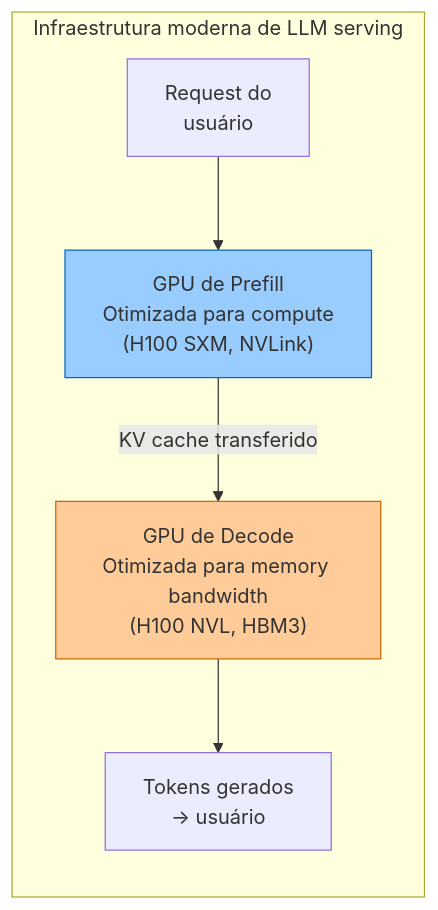
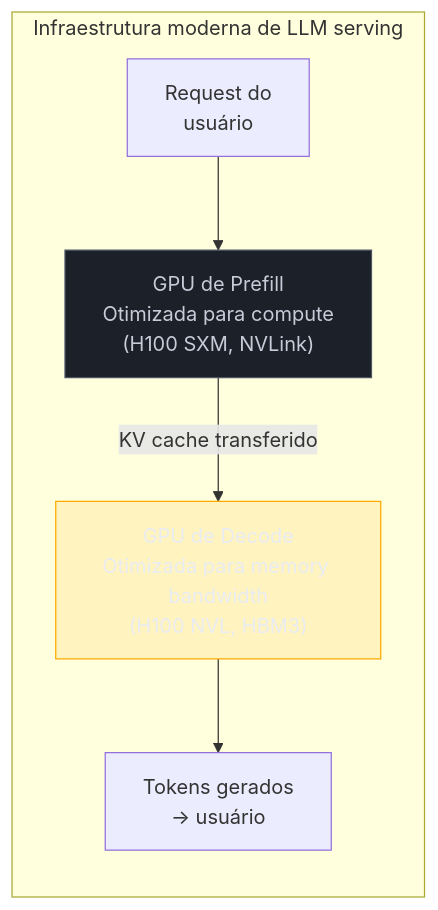
One commit to josenaldo/codex-technomanticus changed the third of 4 diagrams in 03-Dominios/Tecnologia/IA/Anatomia dos LLMs/04a - KV cache, prefill e decode — a física da inferência.md. Above: the diagram before and after it, drawn with Mermaid. The commit also changed other lines of this file and 1181 other files, not shown here.

First line of the commit message:
fix(diagramas): paleta do sistema no lugar de cor cravada no markdown

````diff
--- a/03-Dominios/Tecnologia/IA/Anatomia dos LLMs/04a - KV cache, prefill e decode — a física da inferência.md
+++ b/03-Dominios/Tecnologia/IA/Anatomia dos LLMs/04a - KV cache, prefill e decode — a física da inferência.md
@@ -113,10 +115,12 @@
 ```mermaid
 graph LR
+    classDef neutro fill:#1B2029,stroke:#4E5666,color:#C6CCD8
+    classDef destaque fill:#FFAA0024,stroke:#FFAA00,color:#E9ECF2
     subgraph "Infraestrutura moderna de LLM serving"
         U["Request do\nusuário"] --> P["GPU de Prefill\nOtimizada para compute\n(H100 SXM, NVLink)"]
         P -- "KV cache transferido" --> D["GPU de Decode\nOtimizada para memory bandwidth\n(H100 NVL, HBM3)"]
         D --> R["Tokens gerados\n→ usuário"]
     end
-    style P fill:#99ccff,stroke:#0066cc
-    style D fill:#ffcc99,stroke:#cc6600
+    class P neutro
+    class D destaque
 ```
````
